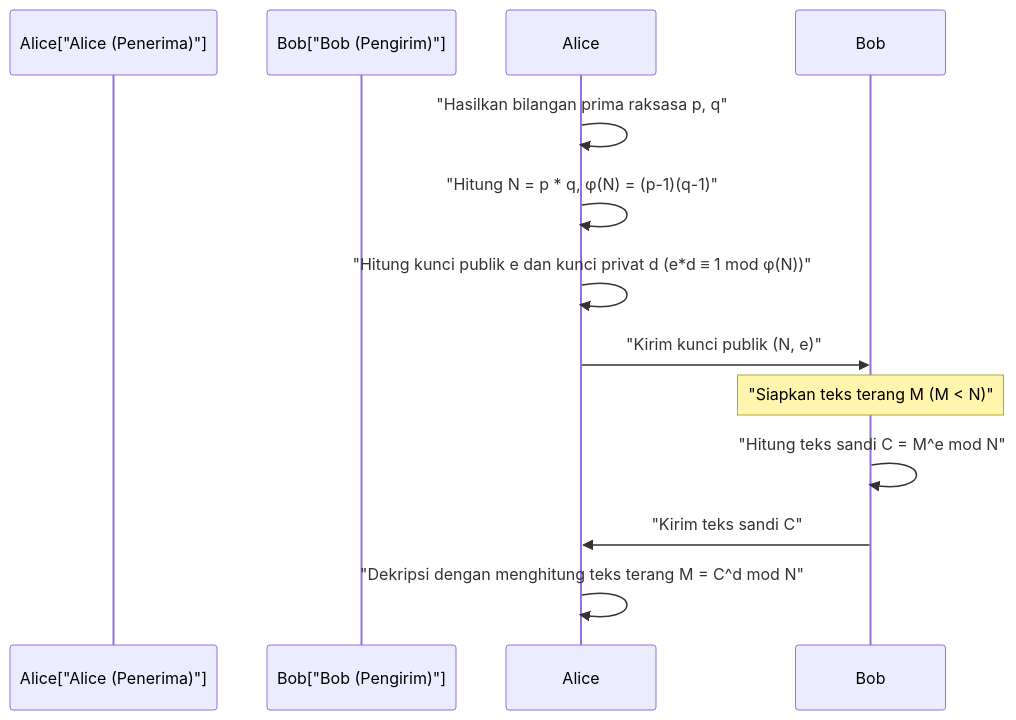
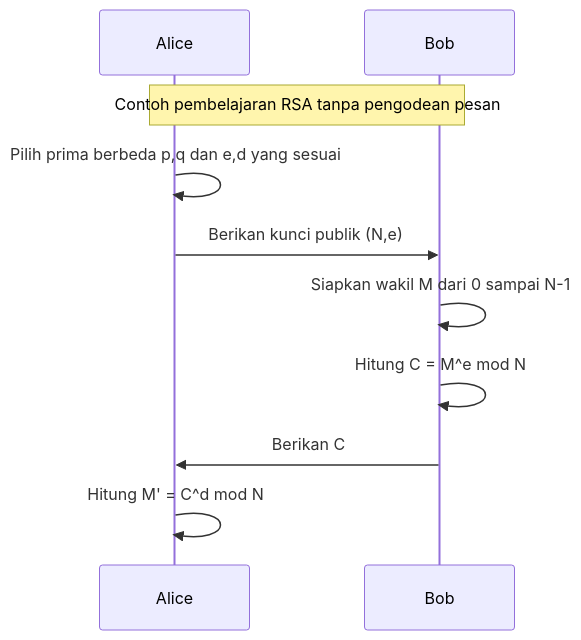
One commit to kenjinote/blog changed the second of 2 diagrams in content/post/フェルマーの小定理と暗号化/index.id.md. Above: the diagram before and after it, drawn with Mermaid. The commit also changed other lines of this file and 5 other files, not shown here.

````diff
--- a/content/post/フェルマーの小定理と暗号化/index.id.md
+++ b/content/post/フェルマーの小定理と暗号化/index.id.md
@@ -295,14 +210,12 @@
 ```mermaid
 sequenceDiagram
-    participant Alice["Alice (Penerima)"]
-    participant Bob["Bob (Pengirim)"]
-    
-    Alice->>Alice: "Hasilkan bilangan prima raksasa p, q"
-    Alice->>Alice: "Hitung N = p * q, φ(N) = (p-1)(q-1)"
-    Alice->>Alice: "Hitung kunci publik e dan kunci privat d (e*d ≡ 1 mod φ(N))"
-    Alice->>Bob: "Kirim kunci publik (N, e)"
-    Note over Bob: "Siapkan teks terang M (M < N)"
-    Bob->>Bob: "Hitung teks sandi C = M^e mod N"
-    Bob->>Alice: "Kirim teks sandi C"
-    Alice->>Alice: "Dekripsi dengan menghitung teks terang M = C^d mod N"
+    participant Alice as Alice
+    participant Bob as Bob
+    Note over Alice,Bob: Contoh pembelajaran RSA tanpa pengodean pesan
+    Alice->>Alice: Pilih prima berbeda p,q dan e,d yang sesuai
+    Alice->>Bob: Berikan kunci publik (N,e)
+    Bob->>Bob: Siapkan wakil M dari 0 sampai N-1
+    Bob->>Bob: Hitung C = M^e mod N
+    Bob->>Alice: Berikan C
+    Alice->>Alice: Hitung M' = C^d mod N
 ```
````
